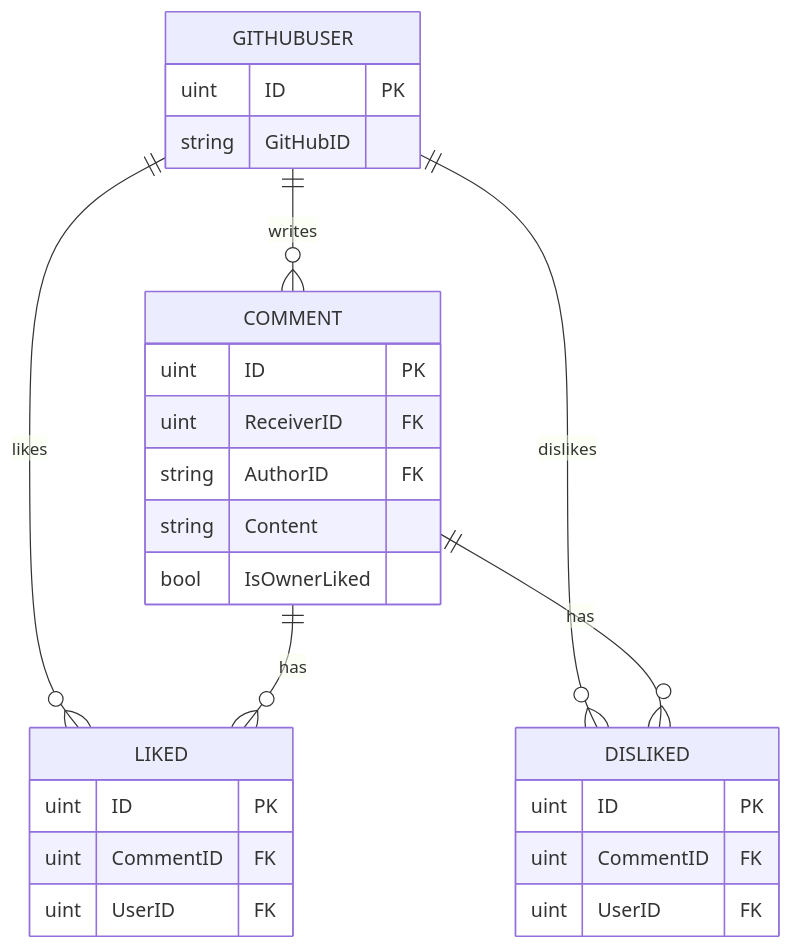
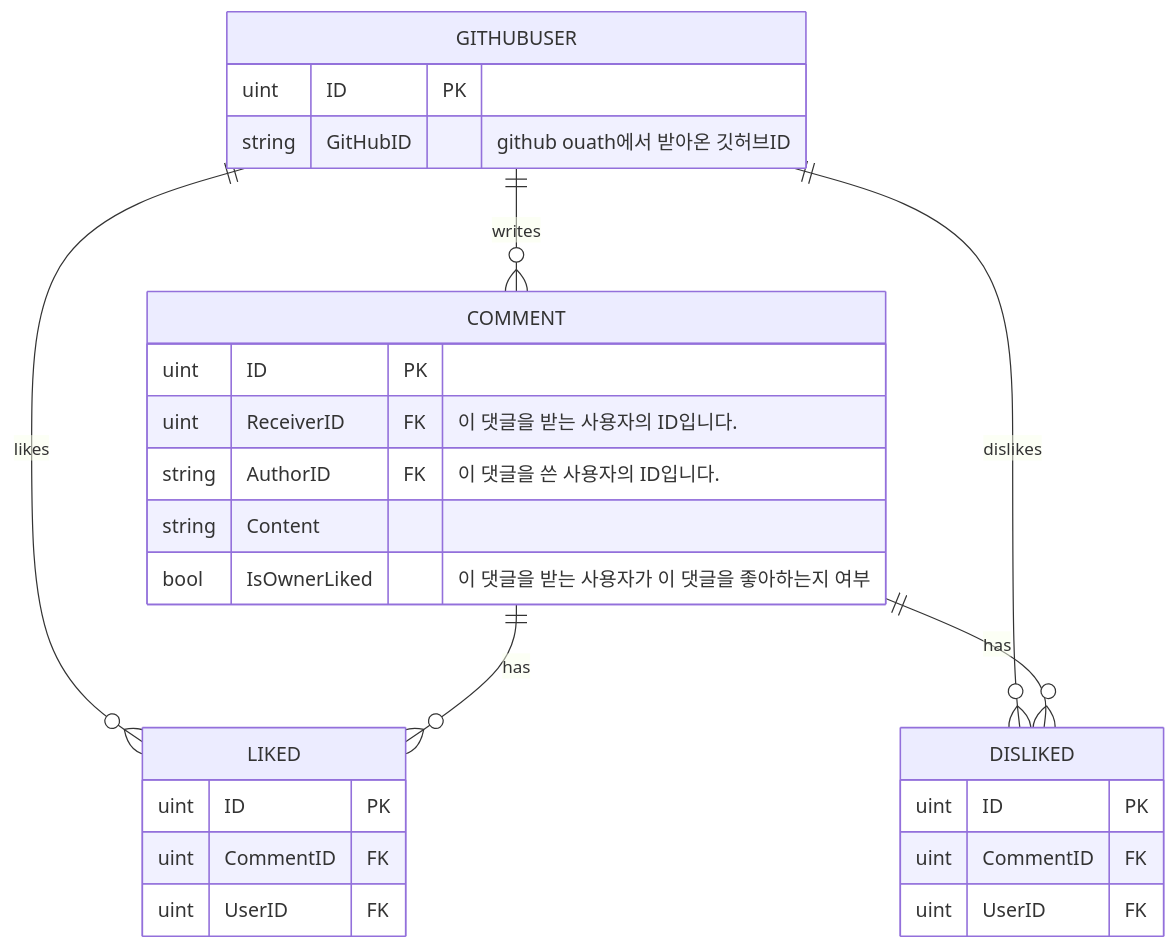
One commit to in-jun/github-profile-guestbook changed the diagram in README.md. Above: the diagram before and after it, drawn with Mermaid.

Commit message:
docs: ER 다이어그램 업데이트

````diff
--- a/README.md
+++ b/README.md
@@ -51,33 +51,33 @@
 ```mermaid
 erDiagram
     GITHUBUSER {
         uint ID PK
-        string GitHubID
+        string GitHubID "github ouath에서 받아온 깃허브ID"
     }
 
     COMMENT {
         uint ID PK
-        uint ReceiverID FK
-        string AuthorID FK
+        uint ReceiverID FK "이 댓글을 받는 사용자의 ID입니다."
+        string AuthorID FK "이 댓글을 쓴 사용자의 ID입니다."
         string Content
-        bool IsOwnerLiked
+        bool IsOwnerLiked "이 댓글을 받는 사용자가 이 댓글을 좋아하는지 여부"
     }
 
     LIKED {
         uint ID PK
         uint CommentID FK
         uint UserID FK
     }
 
     DISLIKED {
         uint ID PK
         uint CommentID FK
         uint UserID FK
     }
 
     GITHUBUSER ||--o{ COMMENT : "writes"
     GITHUBUSER ||--o{ LIKED : "likes"
     GITHUBUSER ||--o{ DISLIKED : "dislikes"
     COMMENT ||--o{ LIKED : "has"
     COMMENT ||--o{ DISLIKED : "has"
 ```
````
